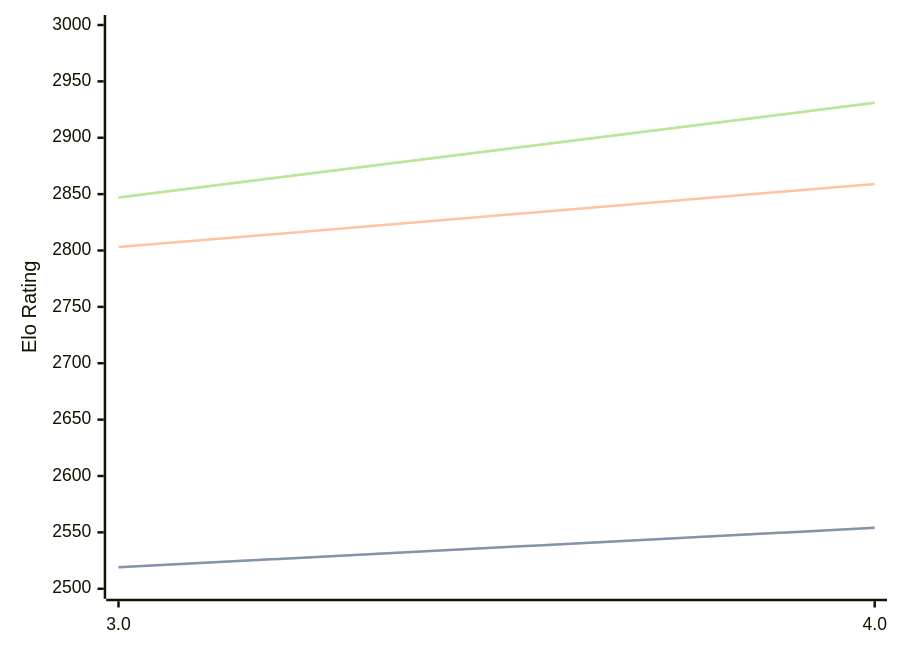
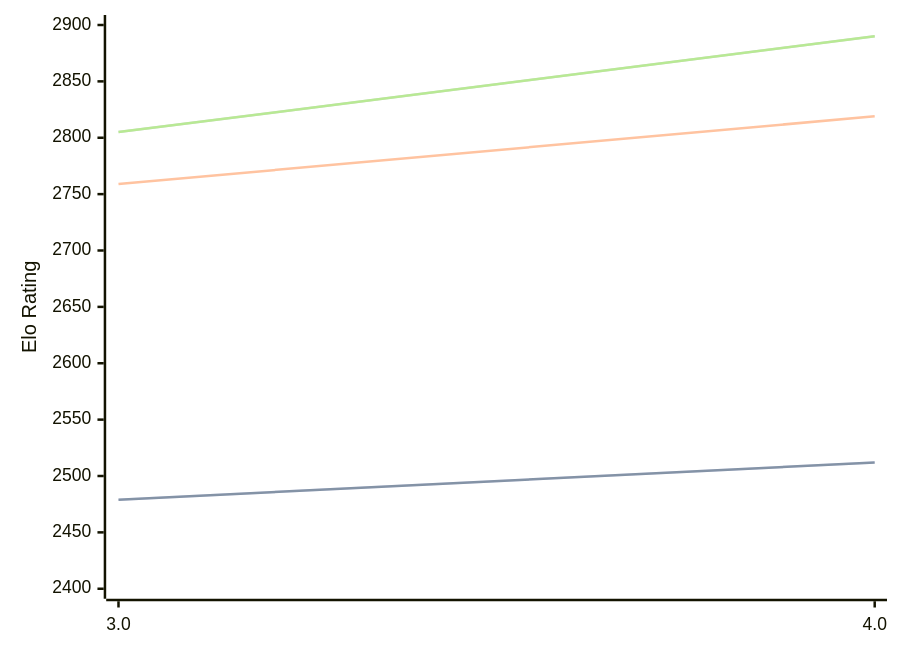
One commit to computer-chess-index/cci changed the diagram in engines/Chess3.md. Above: the diagram before and after it, drawn with Mermaid. The commit also changed other lines of this file, not shown here.

Commit message:
Update CCI Ratings (ELO VLTC) - 2026-05-19

````diff
--- a/engines/Chess3.md
+++ b/engines/Chess3.md
@@ -34,11 +34,11 @@
 ```mermaid
 %%{init: {"theme":"base","themeVariables":{"seriesColors:['#a3a3a3','#222221','#faa371']}}}%%
 xychart-beta
   x-axis ["3.0", "4.0"]
-  y-axis "Elo Rating" 2500 --> 3000
-  line "STC (8.0+0.08s)" [2519, 2554]
-  line "STC (8.0+0.08s)" [2519, 2554]
-  line "LTC (60.0+0.60s)" [2803, 2859]
-  line "VLTC (2m24s+1.12s)" [2847, 2931]
-  line "VLTC (2m24s+1.12s)" [2847, 2931]
+  y-axis "Elo Rating" 2400 --> 2900
+  line "STC (8.0+0.08s)" [2479, 2512]
+  line "STC (8.0+0.08s)" [2479, 2512]
+  line "LTC (60.0+0.60s)" [2759, 2819]
+  line "VLTC (2m24s+1.12s)" [2805, 2890]
+  line "VLTC (2m24s+1.12s)" [2805, 2890]
 ```
````
